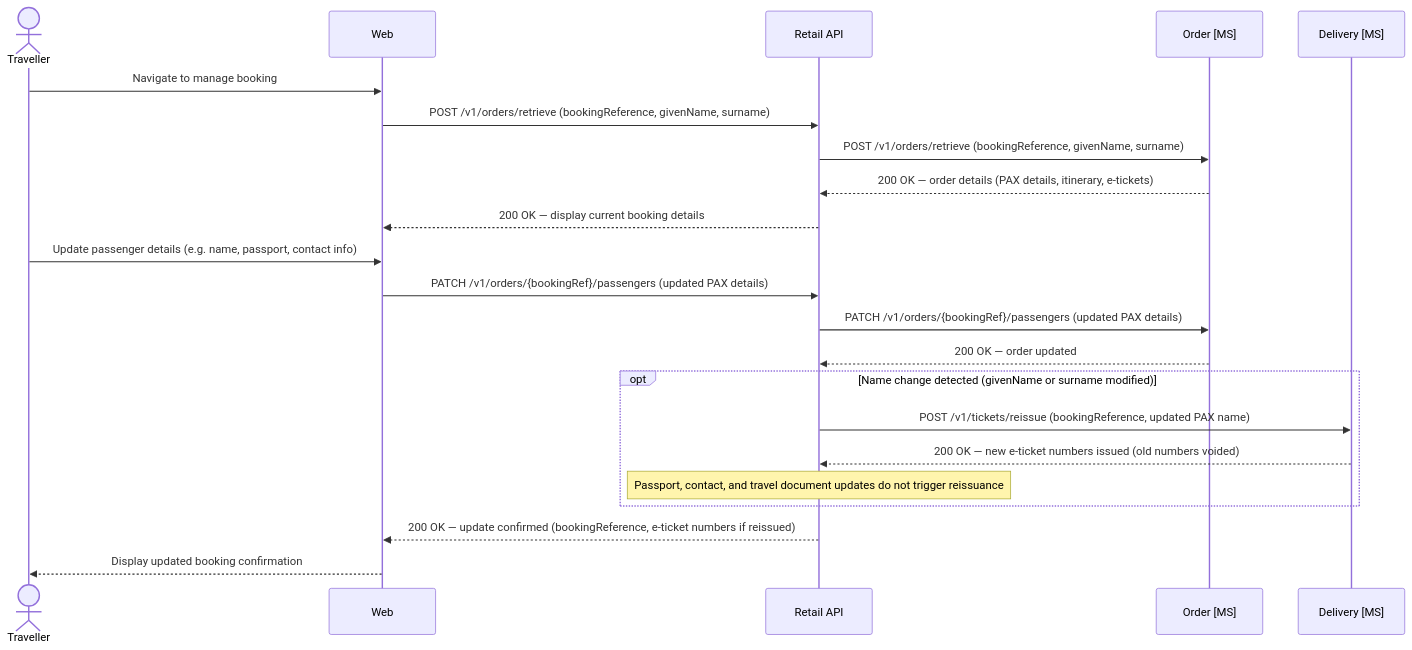
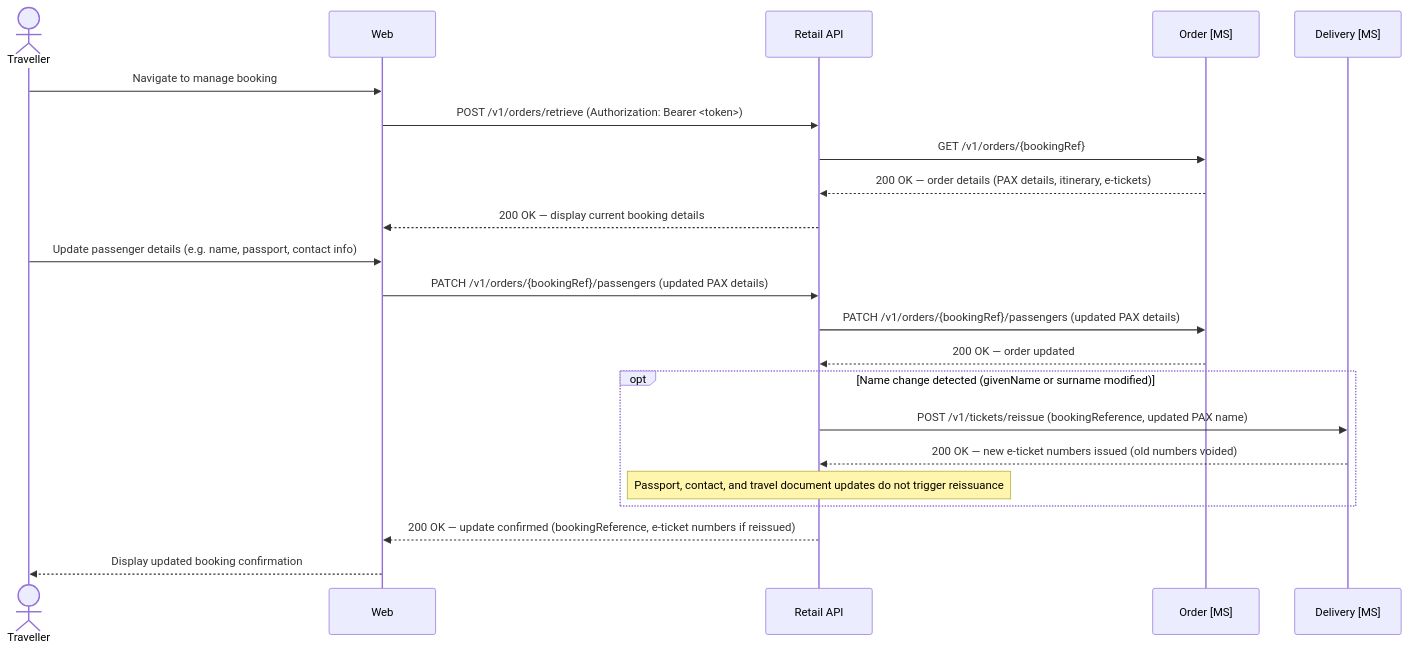
One commit to sebharvey/airline-reservation-system changed the second of 4 diagrams in documentation/design/manage-booking.md. Above: the diagram before and after it, drawn with Mermaid. The commit also changed other lines of this file and 18 other files, not shown here.

````diff
--- a/documentation/design/manage-booking.md
+++ b/documentation/design/manage-booking.md
@@ -11,30 +46,30 @@
 ```mermaid
 sequenceDiagram
     actor Traveller
     participant Web
     participant RetailAPI as Retail API
     participant OrderMS as Order [MS]
     participant DeliveryMS as Delivery [MS]
 
     Traveller->>Web: Navigate to manage booking
 
-    Web->>RetailAPI: POST /v1/orders/retrieve (bookingReference, givenName, surname)
-    RetailAPI->>OrderMS: POST /v1/orders/retrieve (bookingReference, givenName, surname)
+    Web->>RetailAPI: POST /v1/orders/retrieve (Authorization: Bearer <token>)
+    RetailAPI->>OrderMS: GET /v1/orders/{bookingRef}
     OrderMS-->>RetailAPI: 200 OK — order details (PAX details, itinerary, e-tickets)
     RetailAPI-->>Web: 200 OK — display current booking details
 
     Traveller->>Web: Update passenger details (e.g. name, passport, contact info)
 
     Web->>RetailAPI: PATCH /v1/orders/{bookingRef}/passengers (updated PAX details)
     RetailAPI->>OrderMS: PATCH /v1/orders/{bookingRef}/passengers (updated PAX details)
     OrderMS-->>RetailAPI: 200 OK — order updated
 
     opt Name change detected (givenName or surname modified)
         RetailAPI->>DeliveryMS: POST /v1/tickets/reissue (bookingReference, updated PAX name)
         DeliveryMS-->>RetailAPI: 200 OK — new e-ticket numbers issued (old numbers voided)
         Note over RetailAPI: Passport, contact, and travel document updates do not trigger reissuance
     end
 
     RetailAPI-->>Web: 200 OK — update confirmed (bookingReference, e-ticket numbers if reissued)
     Web-->>Traveller: Display updated booking confirmation
 ```
````
